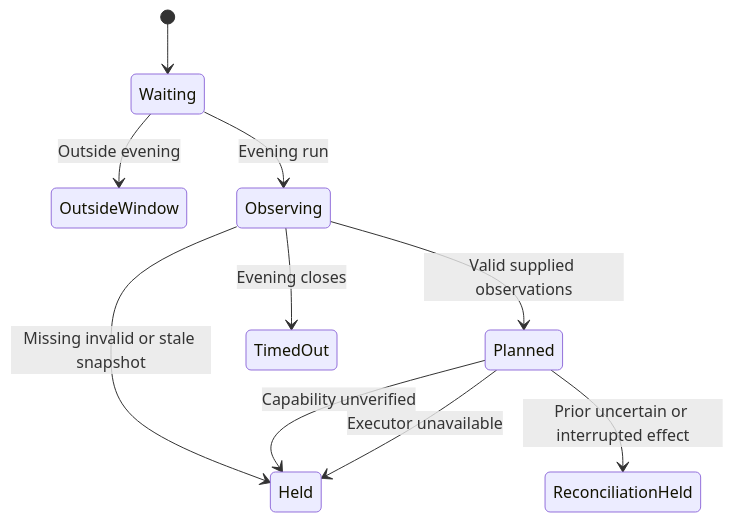
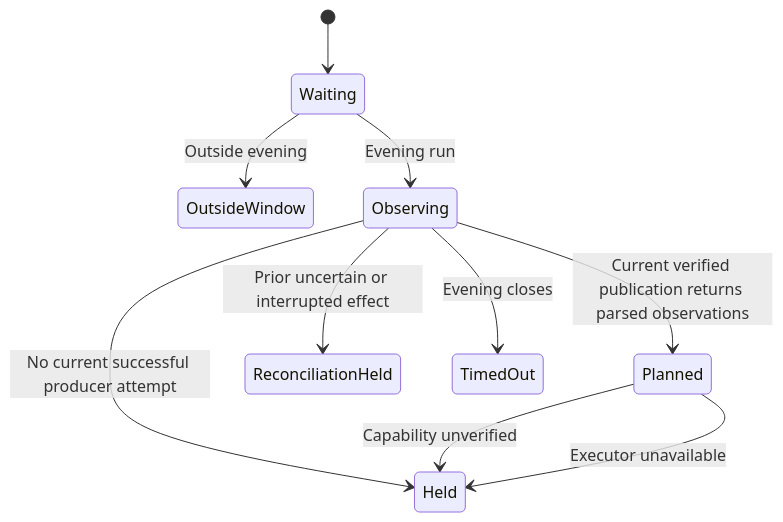
One commit to DoctorCRE/carr-system changed the diagram in docs/outlook-triage-runner.md. Above: the diagram before and after it, drawn with Mermaid. The commit also changed other lines of this file and 7 other files, not shown here.

First line of the commit message:
Replace ambient triage admission with current producer result

````diff
--- a/docs/outlook-triage-runner.md
+++ b/docs/outlook-triage-runner.md
@@ -70,12 +68,12 @@
 ```mermaid
 stateDiagram-v2
     [*] --> Waiting
     Waiting --> OutsideWindow: Outside evening
     Waiting --> Observing: Evening run
-    Observing --> Held: Missing invalid or stale snapshot
-    Observing --> Planned: Valid supplied observations
+    Observing --> Held: No current successful producer attempt
+    Observing --> Planned: Current verified publication returns parsed observations
     Planned --> Held: Capability unverified
     Planned --> Held: Executor unavailable
-    Planned --> ReconciliationHeld: Prior uncertain or interrupted effect
+    Observing --> ReconciliationHeld: Prior uncertain or interrupted effect
     Observing --> TimedOut: Evening closes
 ```
````
